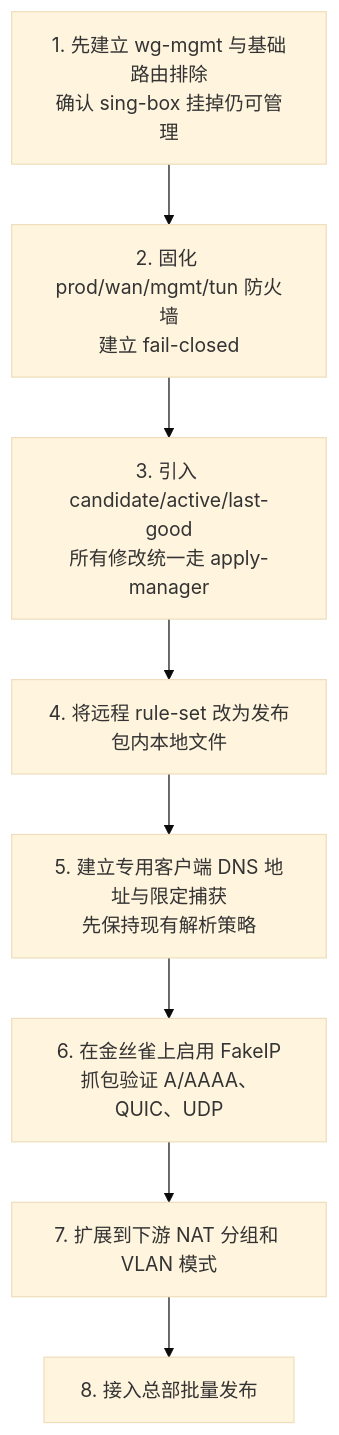
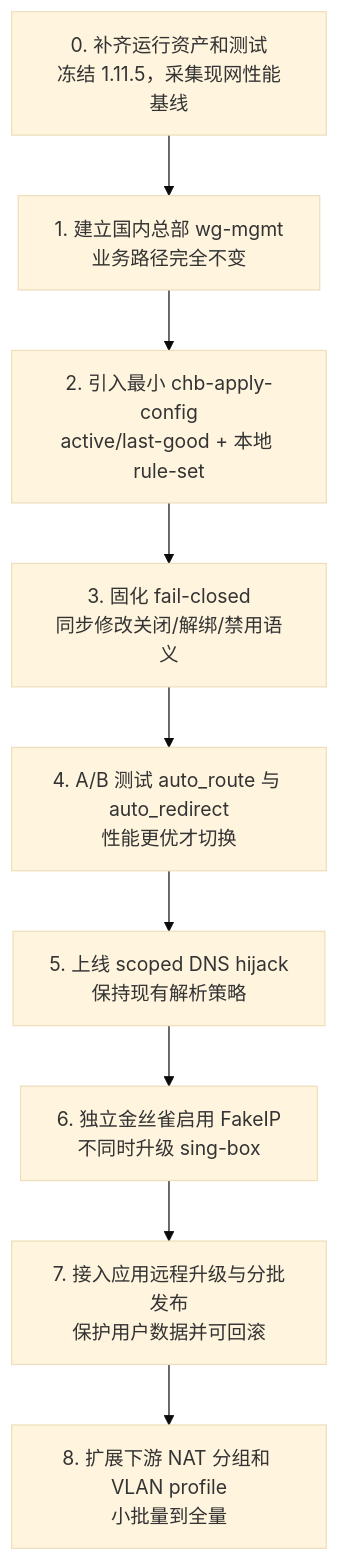
Before and after one commit to whalestore/vps-deployment-script: diagram 13 of 13 in docs/superpowers/specs/2026-07-28-runtime-network-isolation-design.md, drawn with Mermaid (base theme). The commit also changed other lines of this file, not shown here.

````diff
--- a/docs/superpowers/specs/2026-07-28-runtime-network-isolation-design.md
+++ b/docs/superpowers/specs/2026-07-28-runtime-network-isolation-design.md
@@ -736,12 +833,13 @@
 ```mermaid
 flowchart TD
-    M1["1. 先建立 wg-mgmt 与基础路由排除<br/>确认 sing-box 挂掉仍可管理"]
-    M2["2. 固化 prod/wan/mgmt/tun 防火墙<br/>建立 fail-closed"]
-    M3["3. 引入 candidate/active/last-good<br/>所有修改统一走 apply-manager"]
-    M4["4. 将远程 rule-set 改为发布包内本地文件"]
-    M5["5. 建立专用客户端 DNS 地址与限定捕获<br/>先保持现有解析策略"]
-    M6["6. 在金丝雀上启用 FakeIP<br/>抓包验证 A/AAAA、QUIC、UDP"]
-    M7["7. 扩展到下游 NAT 分组和 VLAN 模式"]
-    M8["8. 接入总部批量发布"]
-    M1 --> M2 --> M3 --> M4 --> M5 --> M6 --> M7 --> M8
+    M0["0. 补齐运行资产和测试<br/>冻结 1.11.5，采集现网性能基线"]
+    M1["1. 建立国内总部 wg-mgmt<br/>业务路径完全不变"]
+    M2["2. 引入最小 chb-apply-config<br/>active/last-good + 本地 rule-set"]
+    M3["3. 固化 fail-closed<br/>同步修改关闭/解绑/禁用语义"]
+    M4["4. A/B 测试 auto_route 与 auto_redirect<br/>性能更优才切换"]
+    M5["5. 上线 scoped DNS hijack<br/>保持现有解析策略"]
+    M6["6. 独立金丝雀启用 FakeIP<br/>不同时升级 sing-box"]
+    M7["7. 接入应用远程升级与分批发布<br/>保护用户数据并可回滚"]
+    M8["8. 扩展下游 NAT 分组和 VLAN profile<br/>小批量到全量"]
+    M0 --> M1 --> M2 --> M3 --> M4 --> M5 --> M6 --> M7 --> M8
 ```
````
